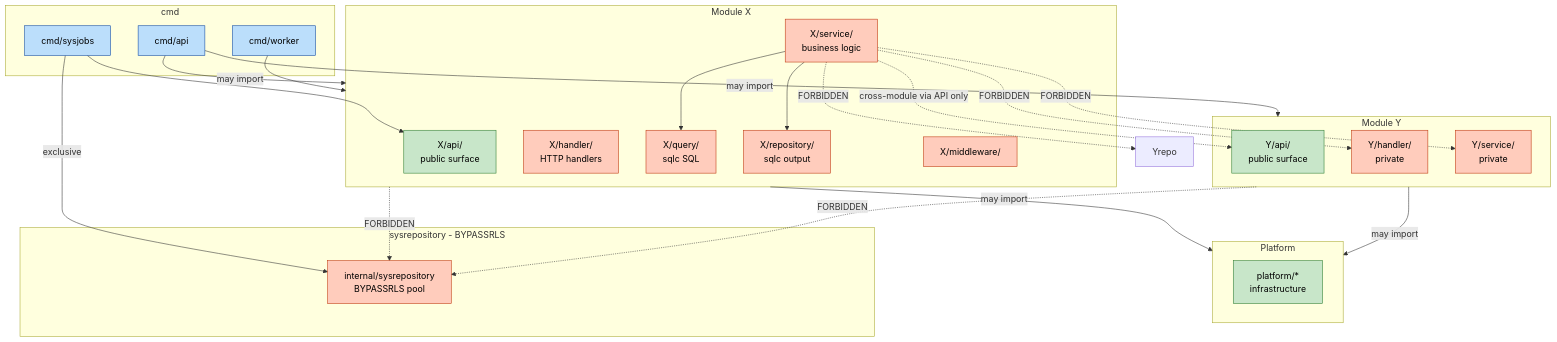
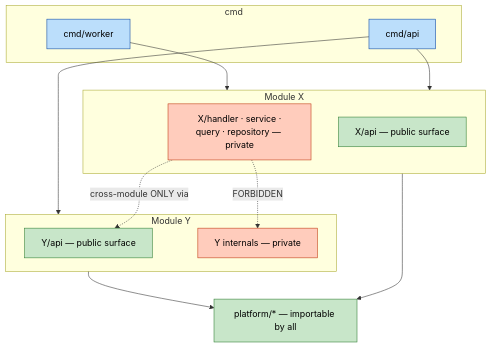
One commit to jackone2991/portal changed the third of 8 diagrams in docs/architecture/diagrams.md. Above: the diagram before and after it, drawn with Mermaid. The commit also changed other lines of this file and 4 other files, not shown here.

````diff
--- a/docs/architecture/diagrams.md
+++ b/docs/architecture/diagrams.md
@@ -218,55 +164,31 @@
 ```mermaid
 graph TB
     classDef allowed fill:#c8e6c9,stroke:#2e7d32,color:#000
     classDef restricted fill:#ffccbc,stroke:#bf360c,color:#000
     classDef wiring fill:#bbdefb,stroke:#0d47a1,color:#000
 
     subgraph CMDLAYER[cmd]
         cmdapi[cmd/api]:::wiring
         cmdworker[cmd/worker]:::wiring
-        cmdsysjobs[cmd/sysjobs]:::wiring
     end
 
     subgraph MODX[Module X]
-        Xapi[X/api/<br/>public surface]:::allowed
-        Xhandler[X/handler/<br/>HTTP handlers]:::restricted
-        Xservice[X/service/<br/>business logic]:::restricted
-        Xquery[X/query/<br/>sqlc SQL]:::restricted
-        Xrepo[X/repository/<br/>sqlc output]:::restricted
-        Xmiddleware[X/middleware/]:::restricted
+        Xapi[X/api — public surface]:::allowed
+        Xint[X/handler · service ·<br/>query · repository — private]:::restricted
     end
 
     subgraph MODY[Module Y]
-        Yapi[Y/api/<br/>public surface]:::allowed
-        Yhandler[Y/handler/<br/>private]:::restricted
-        Yservice[Y/service/<br/>private]:::restricted
+        Yapi[Y/api — public surface]:::allowed
+        Yint[Y internals — private]:::restricted
     end
 
-    subgraph PLAT[Platform]
-        platall[platform/*<br/>infrastructure]:::allowed
-    end
+    PLAT[platform/* — importable by all]:::allowed
 
-    subgraph SYSREPO[sysrepository - BYPASSRLS]
-        sysrepo[internal/sysrepository<br/>BYPASSRLS pool]:::restricted
-    end
-
-    cmdapi -->|may import| MODX
-    cmdapi -->|may import| MODY
+    cmdapi --> MODX
+    cmdapi --> MODY
     cmdworker --> MODX
-    cmdsysjobs -->|exclusive| sysrepo
-    cmdsysjobs --> Xapi
-
-    MODX -->|may import| PLAT
-    MODY -->|may import| PLAT
-    Xservice -.cross-module via API only.-> Yapi
-
-    Xservice -.FORBIDDEN.-> Yservice
-    Xservice -.FORBIDDEN.-> Yrepo
-    Xservice -.FORBIDDEN.-> Yhandler
-
-    MODX -.FORBIDDEN.-> sysrepo
-    MODY -.FORBIDDEN.-> sysrepo
-
-    Xservice --> Xquery
-    Xservice --> Xrepo
+    MODX --> PLAT
+    MODY --> PLAT
+    Xint -.cross-module ONLY via.-> Yapi
+    Xint -.FORBIDDEN.-> Yint
 ```
````
